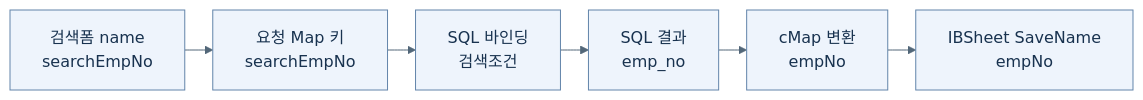
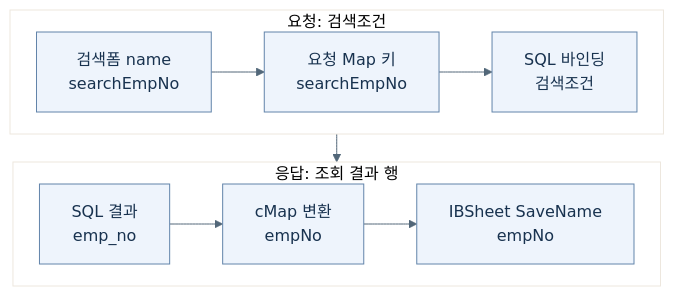
One commit to mnuil/mnuil changed the diagram in assets/withhr/dev-contract-map.mmd. Above: the diagram before and after it, drawn with Mermaid. The commit also changed 2 other files, not shown here.

Commit message:
docs: improve field mapping diagram readability

```diff
--- a/assets/withhr/dev-contract-map.mmd
+++ b/assets/withhr/dev-contract-map.mmd
@@ -1,7 +1,14 @@
 %%{init: {"theme":"base","fontFamily":"Malgun Gothic, sans-serif","themeVariables":{"fontFamily":"Malgun Gothic, sans-serif","fontSize":"16px","primaryColor":"#eef4fc","primaryTextColor":"#18324f","primaryBorderColor":"#6284aa","lineColor":"#526779","actorBkg":"#eef4fc","actorBorder":"#6284aa"},"flowchart":{"htmlLabels":true,"nodeSpacing":24,"rankSpacing":28,"padding":16},"sequence":{"actorMargin":35,"messageMargin":24,"noteMargin":12,"mirrorActors":false,"useMaxWidth":true}}}%%
-flowchart LR
+flowchart TB
+    subgraph REQUEST["요청: 검색조건"]
+    direction LR
     A["검색폼 name<br/>searchEmpNo"] --> B["요청 Map 키<br/>searchEmpNo"]
     B --> C["SQL 바인딩<br/>검색조건"]
-    C --> D["SQL 결과<br/>emp_no"]
+    end
+    subgraph RESPONSE["응답: 조회 결과 행"]
+    direction LR
+    D["SQL 결과<br/>emp_no"]
     D --> E["cMap 변환<br/>empNo"]
     E --> F["IBSheet SaveName<br/>empNo"]
+    end
+    REQUEST --> RESPONSE
```
